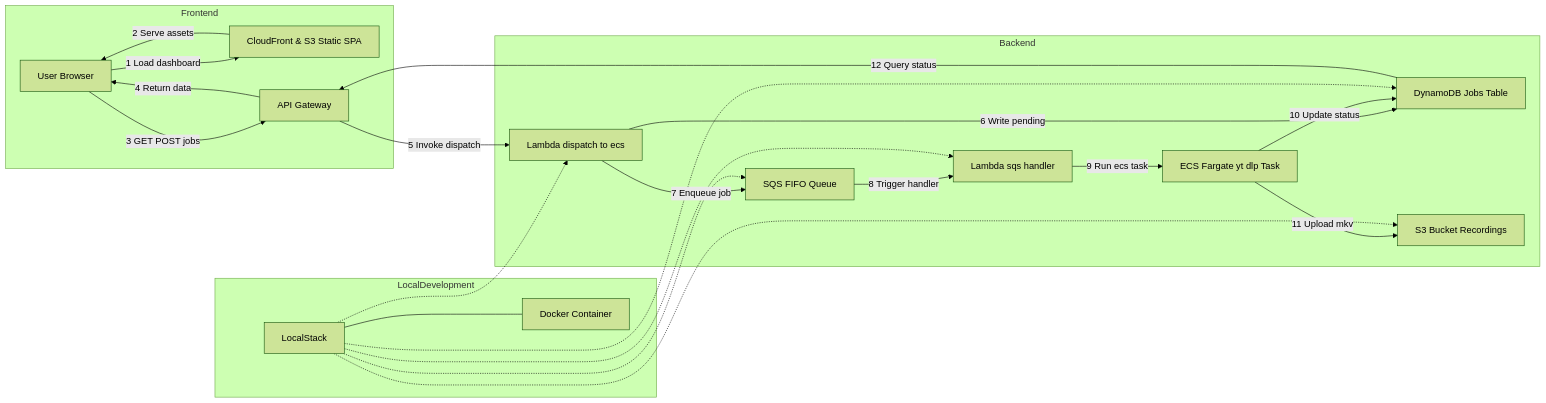
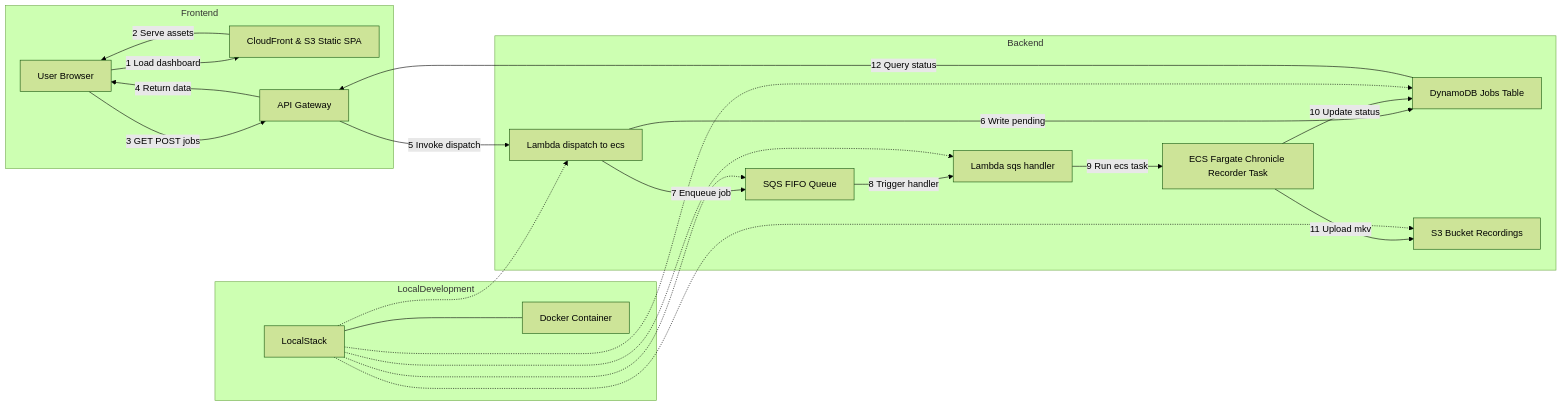
The diagram in README.md (poiley/chronicle), drawn with Mermaid (forest theme) before and after one commit. The commit also changed other lines of this file and 21 other files, not shown here.

````diff
--- a/README.md
+++ b/README.md
@@ -49,45 +69,45 @@
 ```mermaid
 flowchart LR
   subgraph Frontend
     U[User Browser]
     CF[CloudFront & S3 Static SPA]
     API[API Gateway]
   end
 
   subgraph Backend
     L1[Lambda dispatch to ecs]
     DB[DynamoDB Jobs Table]
     Q[SQS FIFO Queue]
     L2[Lambda sqs handler]
-    ECS[ECS Fargate yt dlp Task]
+    ECS[ECS Fargate Chronicle Recorder Task]
     S3[S3 Bucket Recordings]
   end
 
   subgraph LocalDevelopment
     LS[LocalStack]
     DC[Docker Container]
   end
 
   U -->|1 Load dashboard| CF
   CF -->|2 Serve assets| U
   U -->|3 GET POST jobs| API
   API -->|4 Return data| U
 
   API -->|5 Invoke dispatch| L1
   L1 -->|6 Write pending| DB
   L1 -->|7 Enqueue job| Q
 
   Q -->|8 Trigger handler| L2
   L2 -->|9 Run ecs task| ECS
   ECS -->|10 Update status| DB
   ECS -->|11 Upload mkv| S3
 
   DB -->|12 Query status| API
   
   LS --- DC
   LS -.-> DB
   LS -.-> Q
   LS -.-> S3
   LS -.-> L1
   LS -.-> L2
 ```
````
